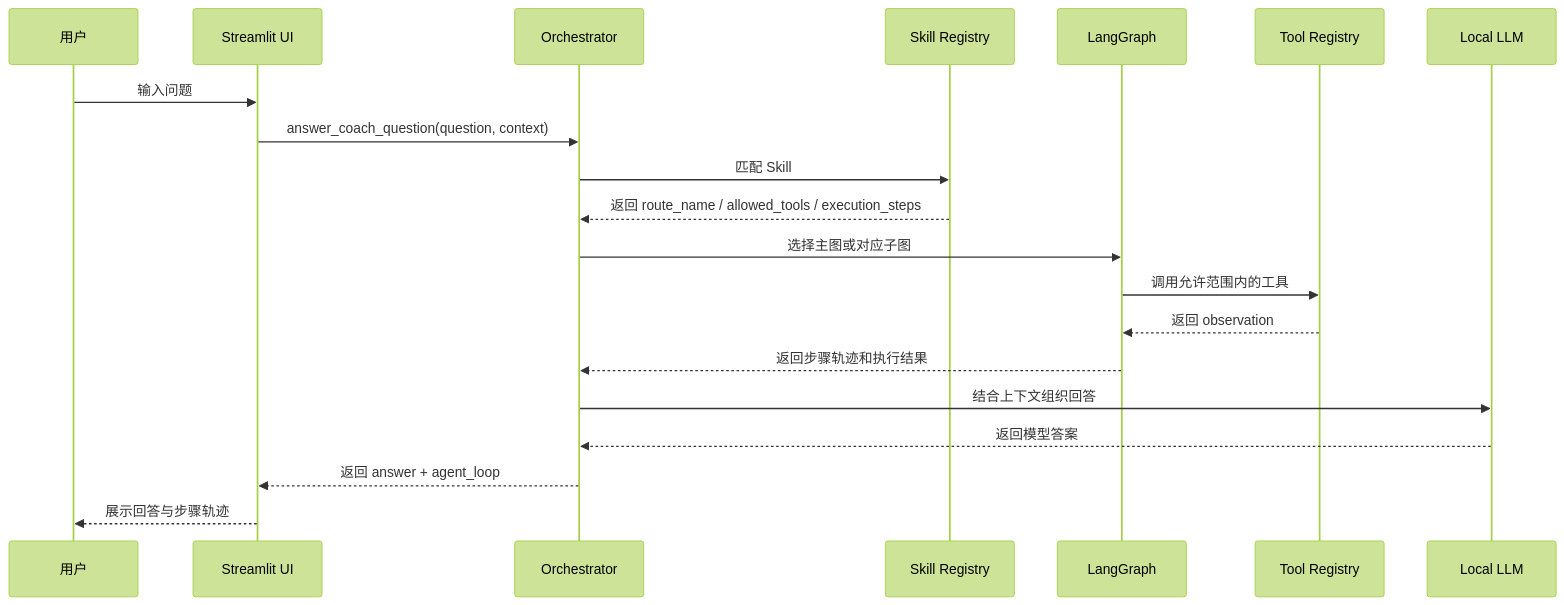
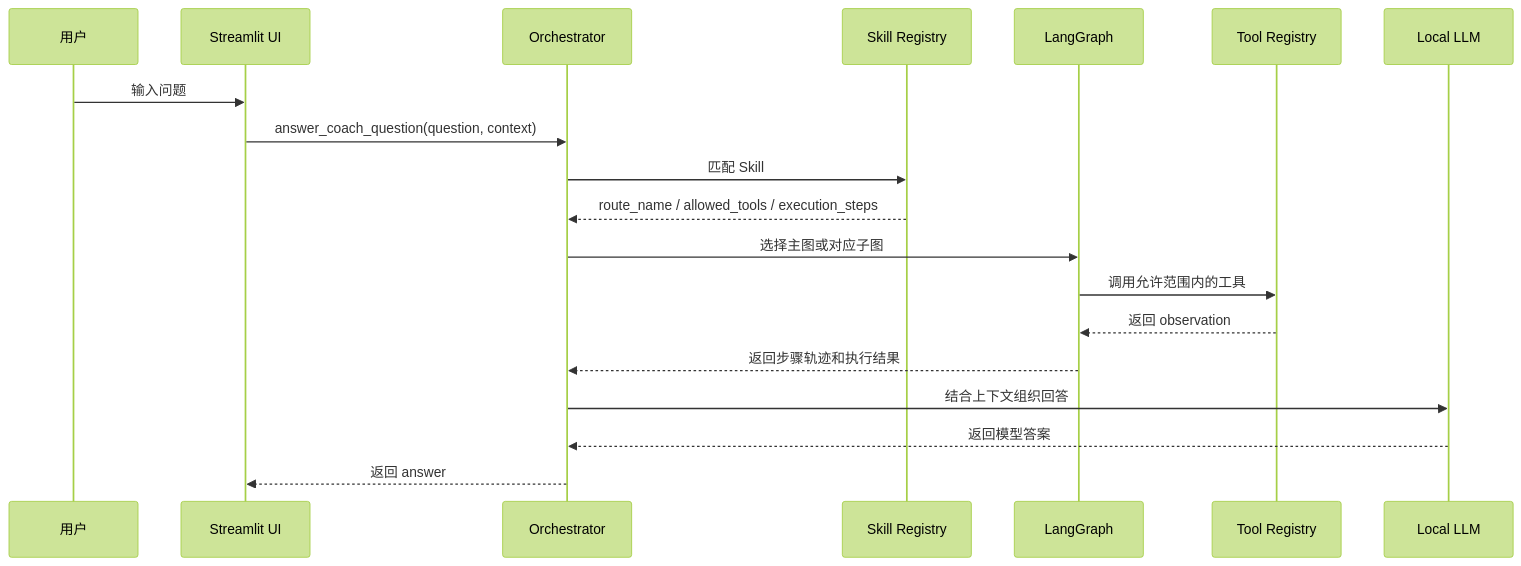
One commit to DameBr1An/gout-care-agent changed the fourth of 4 diagrams in ARCHITECTURE.md. Above: the diagram before and after it, drawn with Mermaid (forest theme). The commit also changed other lines of this file and 33 other files, not shown here.

````diff
--- a/ARCHITECTURE.md
+++ b/ARCHITECTURE.md
@@ -288,23 +201,22 @@
 ```mermaid
 sequenceDiagram
     participant User as 用户
     participant UI as Streamlit UI
     participant O as Orchestrator
     participant SR as Skill Registry
     participant LG as LangGraph
     participant T as Tool Registry
     participant LLM as Local LLM
 
     User->>UI: 输入问题
     UI->>O: answer_coach_question(question, context)
     O->>SR: 匹配 Skill
-    SR-->>O: 返回 route_name / allowed_tools / execution_steps
+    SR-->>O: route_name / allowed_tools / execution_steps
     O->>LG: 选择主图或对应子图
     LG->>T: 调用允许范围内的工具
     T-->>LG: 返回 observation
     LG-->>O: 返回步骤轨迹和执行结果
     O->>LLM: 结合上下文组织回答
     LLM-->>O: 返回模型答案
-    O-->>UI: 返回 answer + agent_loop
-    UI-->>User: 展示回答与步骤轨迹
+    O-->>UI: 返回 answer
 ```
````
